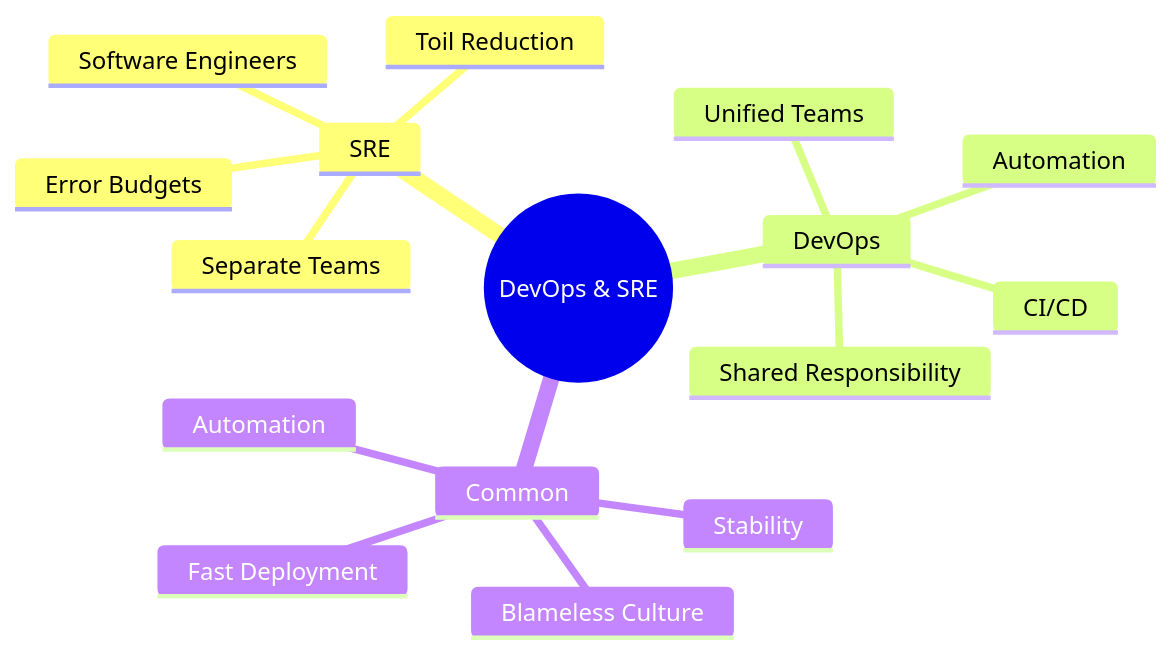
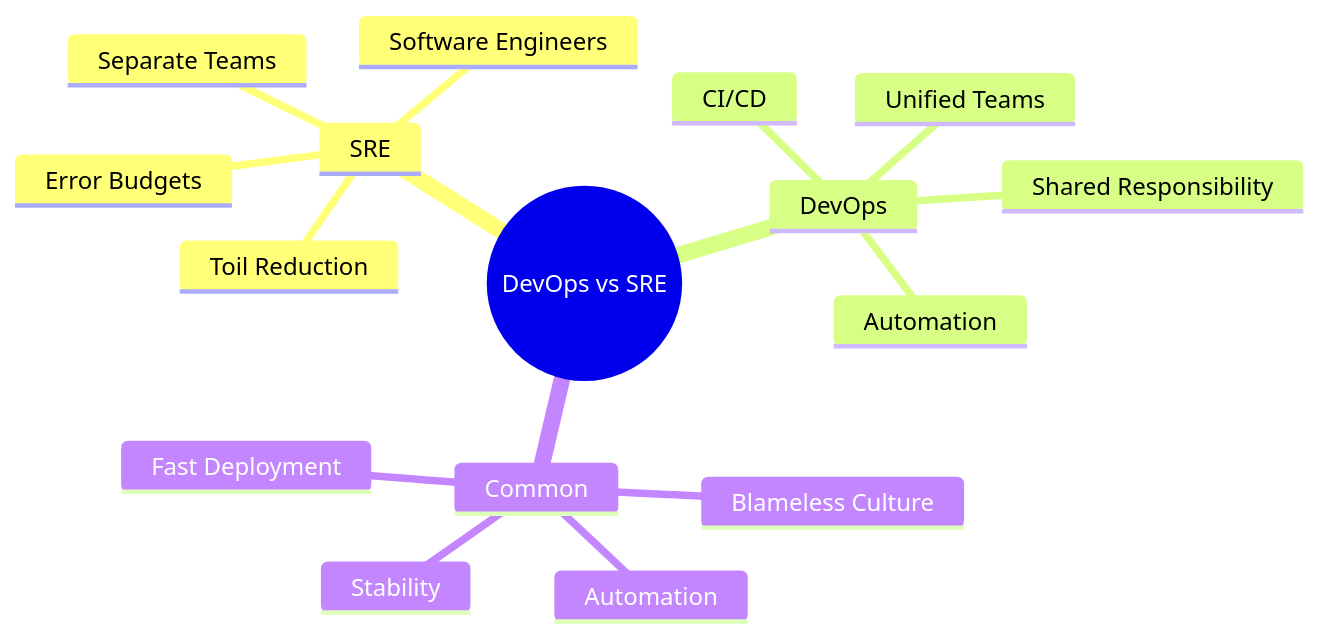
Before and after one commit to phuongvo9/phuongvo9.github.io: the third of 3 diagrams in blogs/Introduction-To-DevOps/Measuring-DevOps/4-comparison-of-devops-to-site-reliability-engineering.md, drawn with Mermaid. The commit also changed 1 other file, not shown here.

Commit message:
fix: update mindmap title to clarify comparison between DevOps and SRE

````diff
--- a/blogs/Introduction-To-DevOps/Measuring-DevOps/4-comparison-of-devops-to-site-reliability-engineering.md
+++ b/blogs/Introduction-To-DevOps/Measuring-DevOps/4-comparison-of-devops-to-site-reliability-engineering.md
@@ -74,19 +74,19 @@
 ```mermaid
 mindmap
-  root((DevOps & SRE))
+  root((DevOps vs SRE))
     SRE
         Error Budgets
         Separate Teams
         Software Engineers
         Toil Reduction
     DevOps
         Unified Teams
         Automation
         CI/CD
         Shared Responsibility
     Common
         Blameless Culture
         Fast Deployment
         Stability
         Automation
 ```
````
